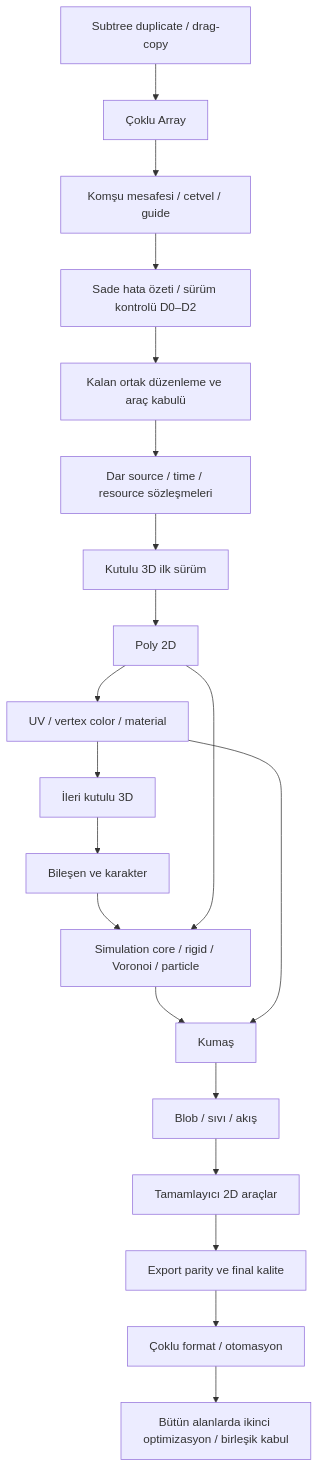
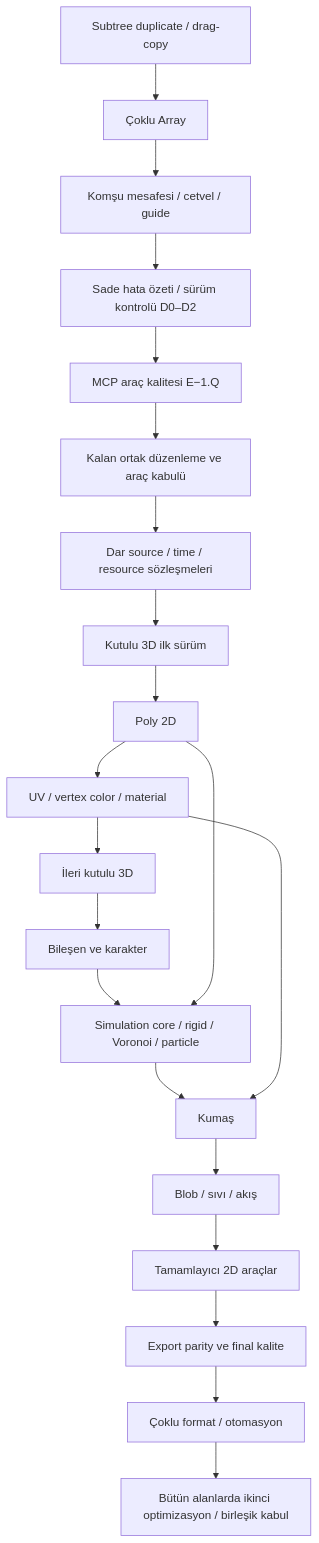
The diagram in docs/tr/production-2d-roadmap.md (codie1982/chorono-editor), drawn with Mermaid before and after one commit. The commit also changed other lines of this file and 47 other files, not shown here.

````diff
--- a/docs/tr/production-2d-roadmap.md
+++ b/docs/tr/production-2d-roadmap.md
@@ -81,22 +82,23 @@
 ```mermaid
 flowchart TD
     V4[Subtree duplicate / drag-copy] --> V5[Çoklu Array]
     V5 --> LAYOUT[Komşu mesafesi / cetvel / guide]
     LAYOUT --> DIAG[Sade hata özeti / sürüm kontrolü D0–D2]
-    DIAG --> H[Kalan ortak düzenleme ve araç kabulü]
+    DIAG --> Q[MCP araç kalitesi E−1.Q]
+    Q --> H[Kalan ortak düzenleme ve araç kabulü]
     H --> I[Dar source / time / resource sözleşmeleri]
     I --> B[Kutulu 3D ilk sürüm]
     B --> G[Poly 2D]
     G --> U[UV / vertex color / material]
     U --> B2[İleri kutulu 3D]
     B2 --> C[Bileşen ve karakter]
     C --> S[Simulation core / rigid / Voronoi / particle]
     G --> S
     S --> CL[Kumaş]
     U --> CL
     CL --> L[Blob / sıvı / akış]
     L --> T[Tamamlayıcı 2D araçlar]
     T --> E[Export parity ve final kalite]
     E --> M[Çoklu format / otomasyon]
     M --> O[Bütün alanlarda ikinci optimizasyon / birleşik kabul]
 ```
````
